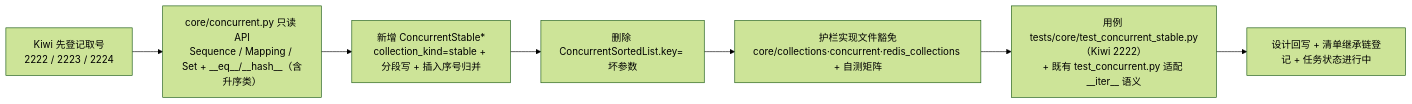
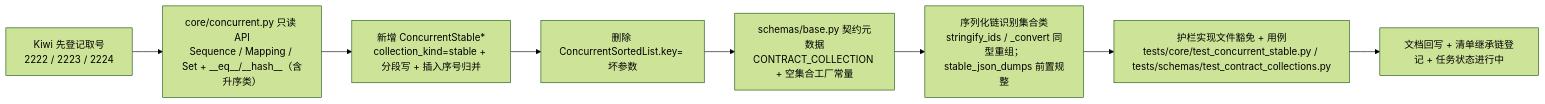
The diagram in bms文档/项目/06_认证与安全/任务/08_裸无序集合治理/08_裸无序集合治理_02_bms_core存量整改/实施/01_实施_02_bms_core存量整改.md (minjian123/basic-management-system), drawn with Mermaid (forest theme) before and after one commit. The commit also changed other lines of this file and 3 other files, not shown here.

````diff
--- a/bms文档/项目/06_认证与安全/任务/08_裸无序集合治理/08_裸无序集合治理_02_bms_core存量整改/实施/01_实施_02_bms_core存量整改.md
+++ b/bms文档/项目/06_认证与安全/任务/08_裸无序集合治理/08_裸无序集合治理_02_bms_core存量整改/实施/01_实施_02_bms_core存量整改.md
@@ -22,9 +22,10 @@
 ```mermaid
 flowchart LR
     A["Kiwi 先登记取号<br/>2222 / 2223 / 2224"] --> B["core/concurrent.py 只读 API<br/>Sequence / Mapping / Set + __eq__/__hash__（含升序类）"]
     B --> C["新增 ConcurrentStable*<br/>collection_kind=stable + 分段写 + 插入序号归并"]
     C --> D["删除 ConcurrentSortedList.key= 坏参数"]
-    D --> E["护栏实现文件豁免<br/>core/collections·concurrent·redis_collections + 自测矩阵"]
-    E --> F["用例 tests/core/test_concurrent_stable.py（Kiwi 2222）<br/>+ 既有 test_concurrent.py 适配 __iter__ 语义"]
-    F --> G["设计回写 + 清单继承链登记 + 任务状态进行中"]
+    D --> E["schemas/base.py 契约元数据<br/>CONTRACT_COLLECTION + 空集合工厂常量"]
+    E --> F["序列化链识别集合类<br/>stringify_ids / _convert 同型重组；stable_json_dumps 前置规整"]
+    F --> G["护栏实现文件豁免 + 用例<br/>tests/core/test_concurrent_stable.py / tests/schemas/test_contract_collections.py"]
+    G --> H["文档回写 + 清单继承链登记 + 任务状态进行中"]
 ```
````
